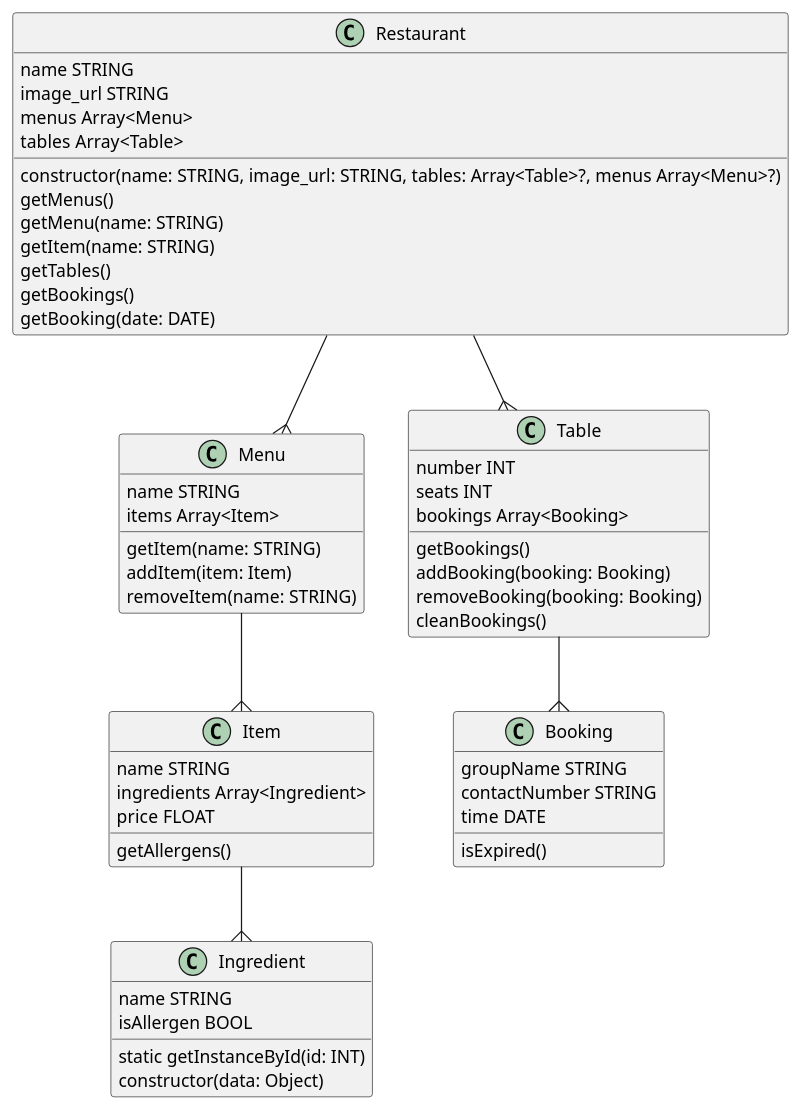
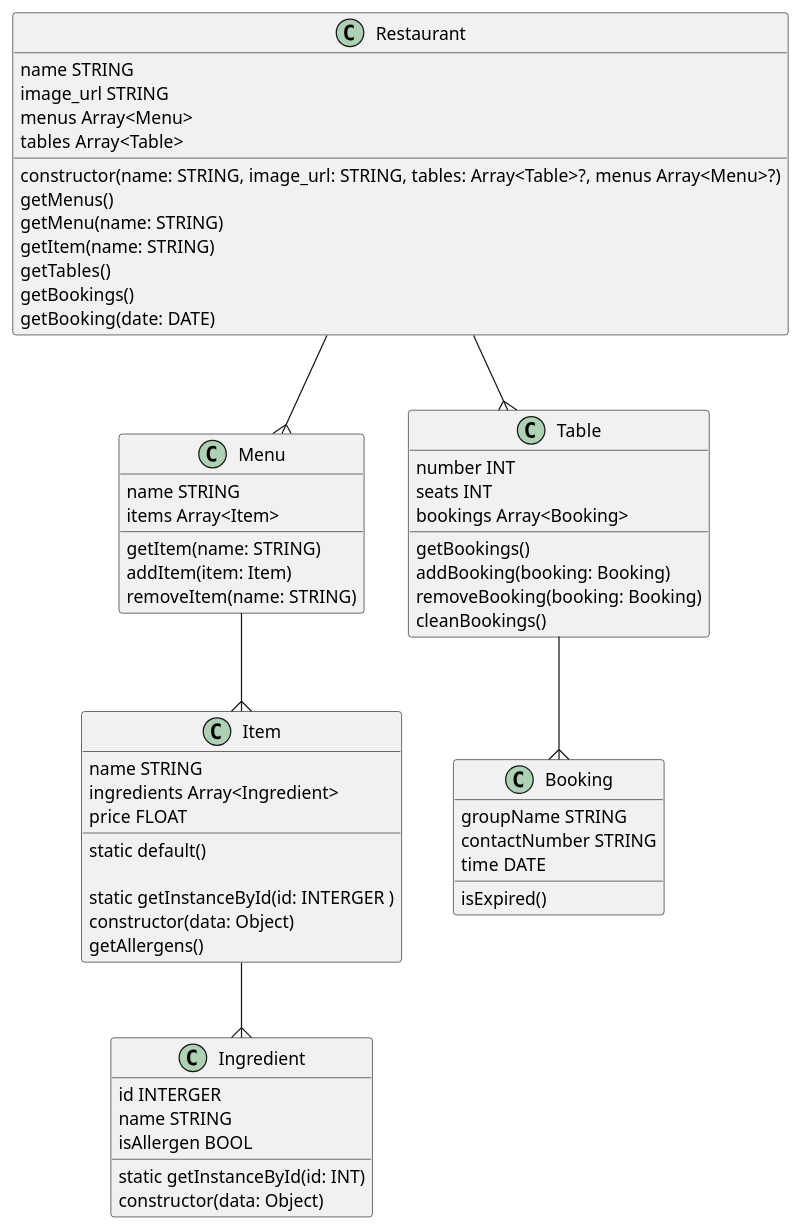
One commit to michael-bailey/js-restaurant changed the diagram in docs/models/restaurant.plantuml. Above: the diagram before and after it, drawn with PlantUML.

Commit message:
updated diagrams

```diff
--- a/docs/models/restaurant.plantuml
+++ b/docs/models/restaurant.plantuml
@@ -1,74 +1,79 @@
 @startuml Restaurant
 
 ' notes
 ' note top of Restaurant : This is the main class of the module
 ' note left of Table : This Represents a sing table in the Restaurant 
 
 class Restaurant {
     name STRING
     image_url STRING
     menus Array<Menu>
     tables Array<Table>
 
     constructor(name: STRING, image_url: STRING, tables: Array<Table>?, menus Array<Menu>?)
     getMenus()
     getMenu(name: STRING)
     getItem(name: STRING)
     getTables()
     getBookings()
     getBooking(date: DATE)
 }
 
 class Menu {
     name STRING
     items Array<Item>
 
     getItem(name: STRING)
     addItem(item: Item)
     removeItem(name: STRING)
 }
 
 class Item {
     name STRING
     ingredients Array<Ingredient>
     price FLOAT
 
+    static default()
+
+    static getInstanceById(id: INTERGER )
+    constructor(data: Object)
     getAllergens()
 }
 
 class Ingredient {
+    id INTERGER
     name STRING
     isAllergen BOOL
 
     static getInstanceById(id: INT)
     constructor(data: Object)
 }
 
 class Table {
     number INT
     seats INT
     bookings Array<Booking>
 
     getBookings()
     addBooking(booking: Booking)
     removeBooking(booking: Booking)
     cleanBookings()
 }
 
 class Booking {
     groupName STRING
     contactNumber STRING
     time DATE
 
     isExpired()
 }
 
 
 
 Restaurant--{Menu
 Menu--{Item
 Item--{Ingredient
 Restaurant--{Table
 Table--{Booking
 
 @enduml
```
